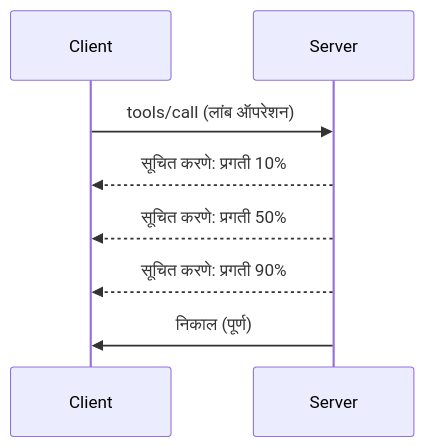
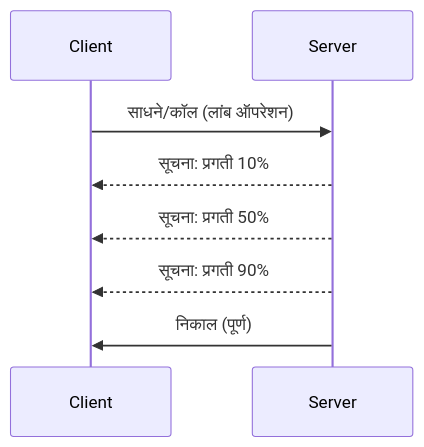
One commit to HIDORAKAI002/ai-workspace-archive changed the diagram in mcp_ecosystem__model_context_protocol/mcp_learning_resources/mcp-for-beginners/translations/mr/05-AdvancedTopics/mcp-protocol-features/README.md. Above: the diagram before and after it, drawn with Mermaid. The commit also changed other lines of this file and 1046 other files, not shown here.

````diff
--- a/mcp_ecosystem__model_context_protocol/mcp_learning_resources/mcp-for-beginners/translations/mr/05-AdvancedTopics/mcp-protocol-features/README.md
+++ b/mcp_ecosystem__model_context_protocol/mcp_learning_resources/mcp-for-beginners/translations/mr/05-AdvancedTopics/mcp-protocol-features/README.md
@@ -22,11 +24,11 @@
 ```mermaid
 sequenceDiagram
     participant Client
     participant Server
     
-    Client->>Server: tools/call (लांब ऑपरेशन)
-    Server-->>Client: सूचित करणे: प्रगती 10%
-    Server-->>Client: सूचित करणे: प्रगती 50%
-    Server-->>Client: सूचित करणे: प्रगती 90%
+    Client->>Server: साधने/कॉल (लांब ऑपरेशन)
+    Server-->>Client: सूचना: प्रगती 10%
+    Server-->>Client: सूचना: प्रगती 50%
+    Server-->>Client: सूचना: प्रगती 90%
     Server->>Client: निकाल (पूर्ण)
 ```
````
